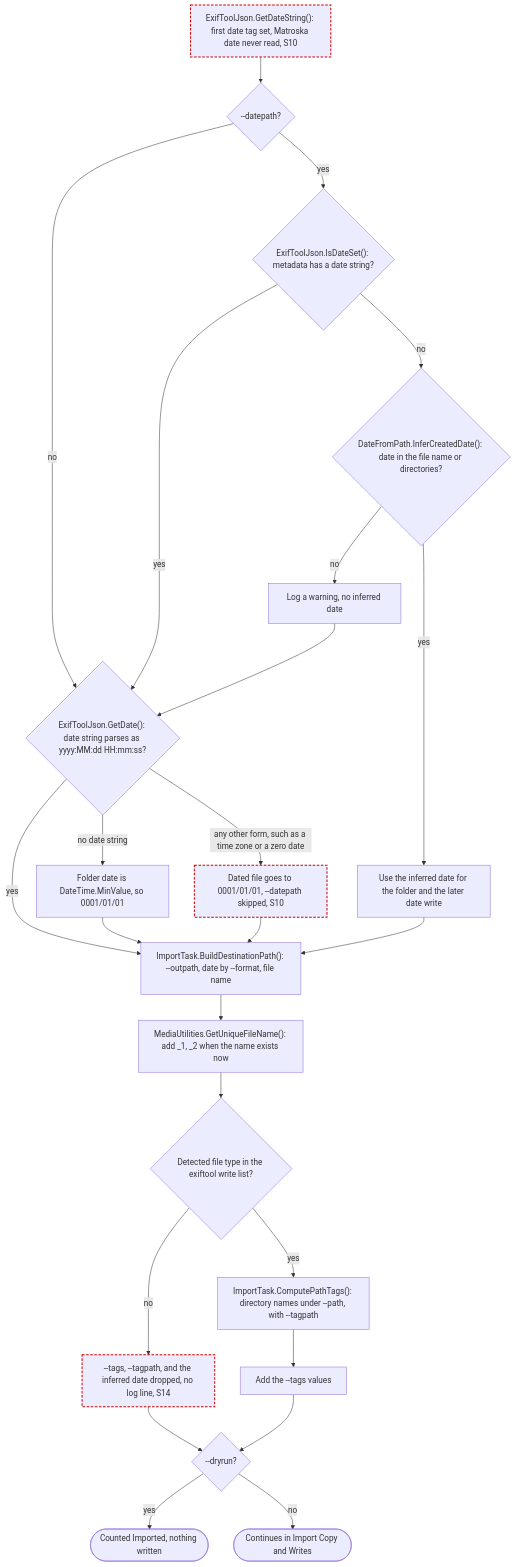
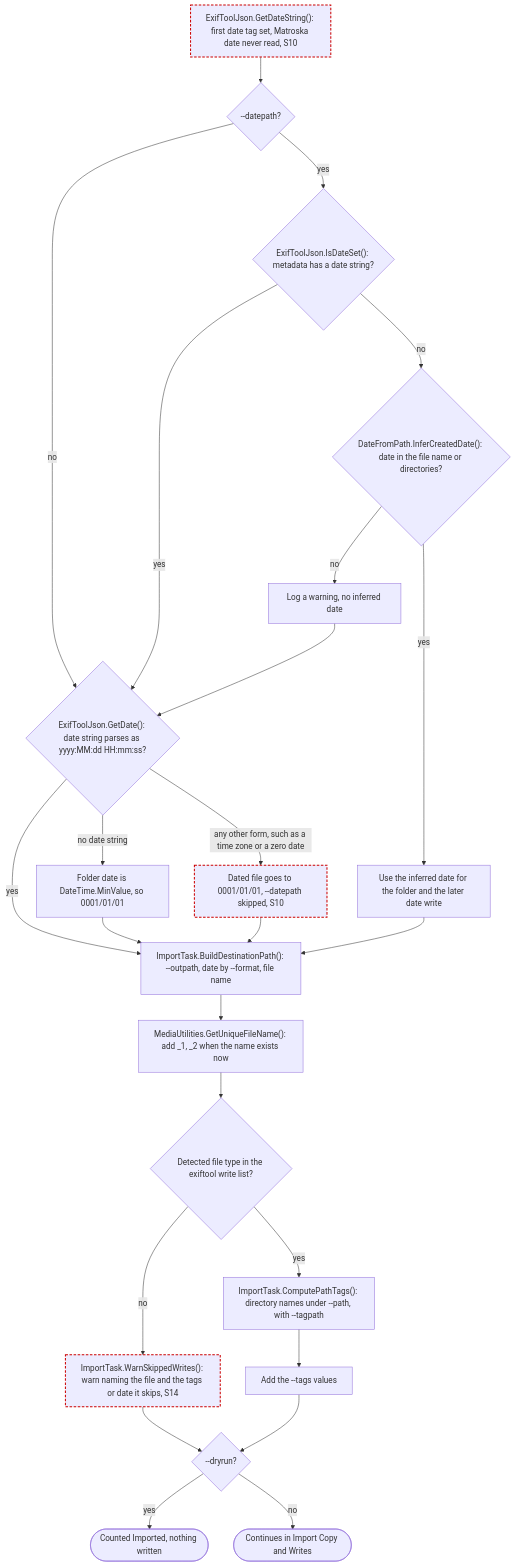
One commit to ptr727/PhotoCleaner changed diagram 12 of 23 in ARCHITECTURE.md. Above: the diagram before and after it, drawn with Mermaid. The commit also changed other lines of this file and 3 other files, not shown here.

````diff
--- a/ARCHITECTURE.md
+++ b/ARCHITECTURE.md
@@ -713,28 +713,28 @@
 ```mermaid
 flowchart TD
   start["ExifToolJson.GetDateString(): first date tag set, Matroska date never read, S10"]:::suspect
   start --> dpQ{"--datepath?"}
   dpQ -->|"no"| getDate
   dpQ -->|"yes"| setQ{"ExifToolJson.IsDateSet(): metadata has a date string?"}
   setQ -->|"yes"| getDate{"ExifToolJson.GetDate(): date string parses as yyyy:MM:dd HH:mm:ss?"}
   setQ -->|"no"| infer{"DateFromPath.InferCreatedDate(): date in the file name or directories?"}
   infer -->|"yes"| inferred["Use the inferred date for the folder and the later date write"]
   infer -->|"no"| inferWarn["Log a warning, no inferred date"]
   inferWarn --> getDate
   getDate -->|"yes"| build
   getDate -->|"no date string"| minDate["Folder date is DateTime.MinValue, so 0001/01/01"]
   getDate -->|"any other form, such as a time zone or a zero date"| tzDate["Dated file goes to 0001/01/01, --datepath skipped, S10"]:::suspect
   minDate --> build
   tzDate --> build
   inferred --> build["ImportTask.BuildDestinationPath(): --outpath, date by --format, file name"]
   build --> unique["MediaUtilities.GetUniqueFileName(): add _1, _2 when the name exists now"]
   unique --> writeQ{"Detected file type in the exiftool write list?"}
-  writeQ -->|"no"| dropped["--tags, --tagpath, and the inferred date dropped, no log line, S14"]:::suspect
+  writeQ -->|"no"| dropped["ImportTask.WarnSkippedWrites(): warn naming the file and the tags or date it skips, S14"]:::suspect
   writeQ -->|"yes"| tags["ImportTask.ComputePathTags(): directory names under --path, with --tagpath"]
   tags --> addTags["Add the --tags values"]
   dropped --> dryQ{"--dryrun?"}
   addTags --> dryQ
   dryQ -->|"yes"| dryImported(["Counted Imported, nothing written"])
   dryQ -->|"no"| next(["Continues in Import Copy and Writes"])
   classDef suspect stroke:#c00,stroke-width:2px,stroke-dasharray:5 3
 ```
````
